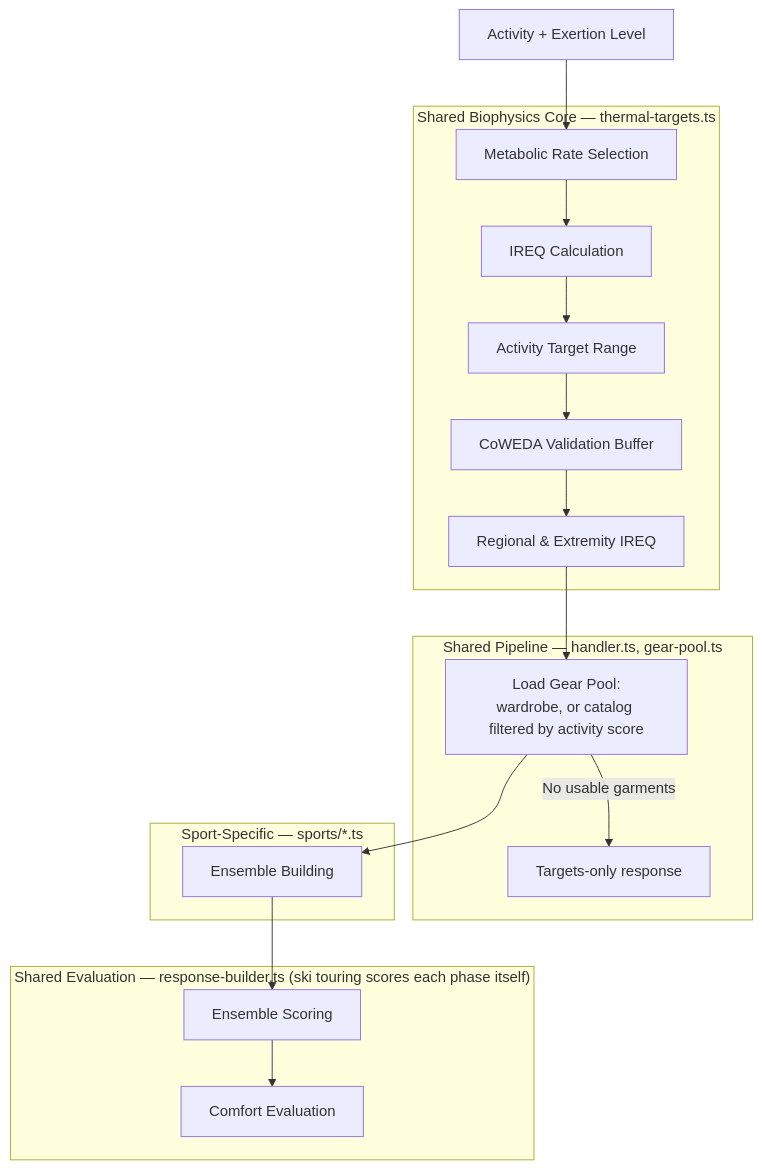
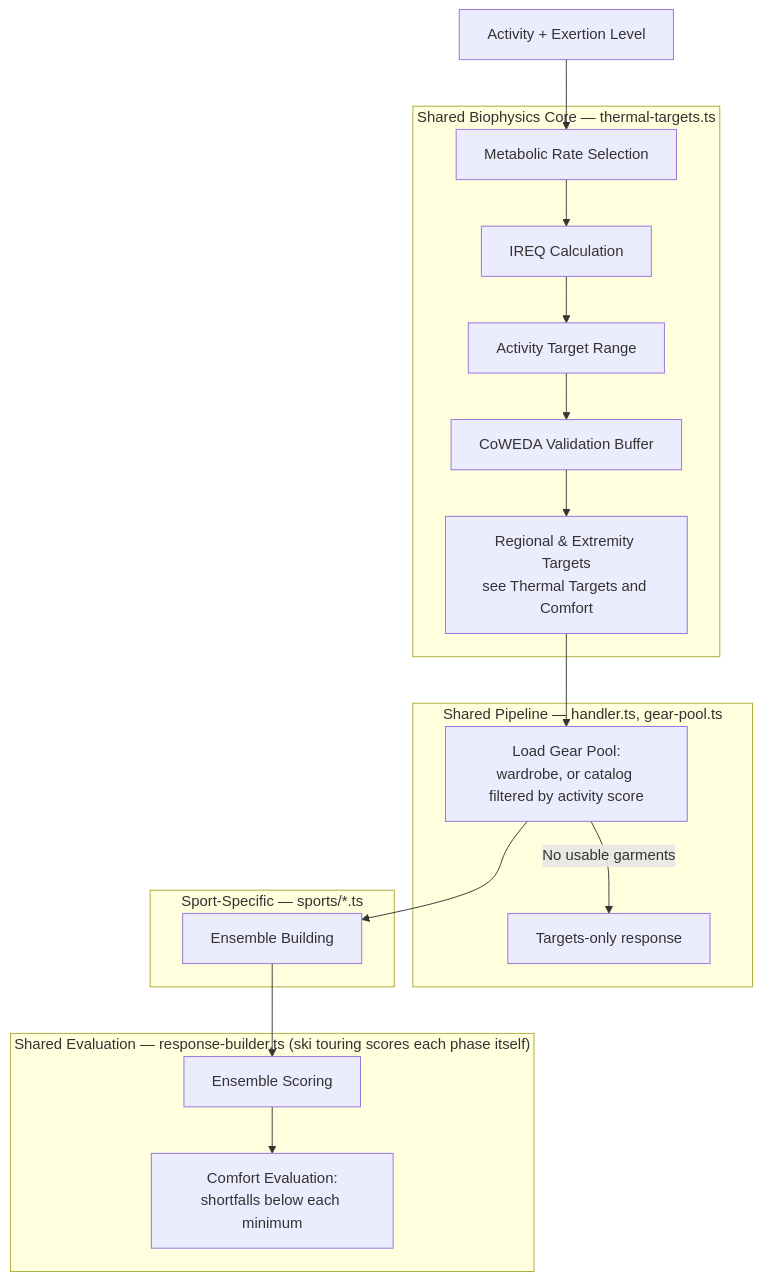
Before and after one commit to derobertsw/swttr: the first of 7 diagrams in README.md, drawn with Mermaid. The commit also changed other lines of this file and 22 other files, not shown here.

First line of the commit message:
Score comfort against the bottom of each target band

````diff
--- a/README.md
+++ b/README.md
@@ -43,35 +43,35 @@
 ```mermaid
 graph TD
     A[Activity + Exertion Level] --> B[Metabolic Rate Selection]
     B --> C[IREQ Calculation]
     C --> D[Activity Target Range]
     D --> E[CoWEDA Validation Buffer]
-    E --> F[Regional & Extremity IREQ]
+    E --> F[Regional & Extremity Targets<br/>see Thermal Targets and Comfort]
     F --> P[Load Gear Pool:<br/>wardrobe, or catalog filtered by activity score]
     P -->|No usable garments| T[Targets-only response]
     P --> G[Ensemble Building]
     G --> H[Ensemble Scoring]
-    H --> I[Comfort Evaluation]
+    H --> I[Comfort Evaluation:<br/>shortfalls below each minimum]
 
     subgraph "Shared Biophysics Core — thermal-targets.ts"
         B
         C
         D
         E
         F
     end
 
     subgraph "Shared Pipeline — handler.ts, gear-pool.ts"
         P
         T
     end
 
     subgraph "Sport-Specific — sports/*.ts"
         G
     end
 
     subgraph "Shared Evaluation — response-builder.ts (ski touring scores each phase itself)"
         H
         I
     end
 ```
````
